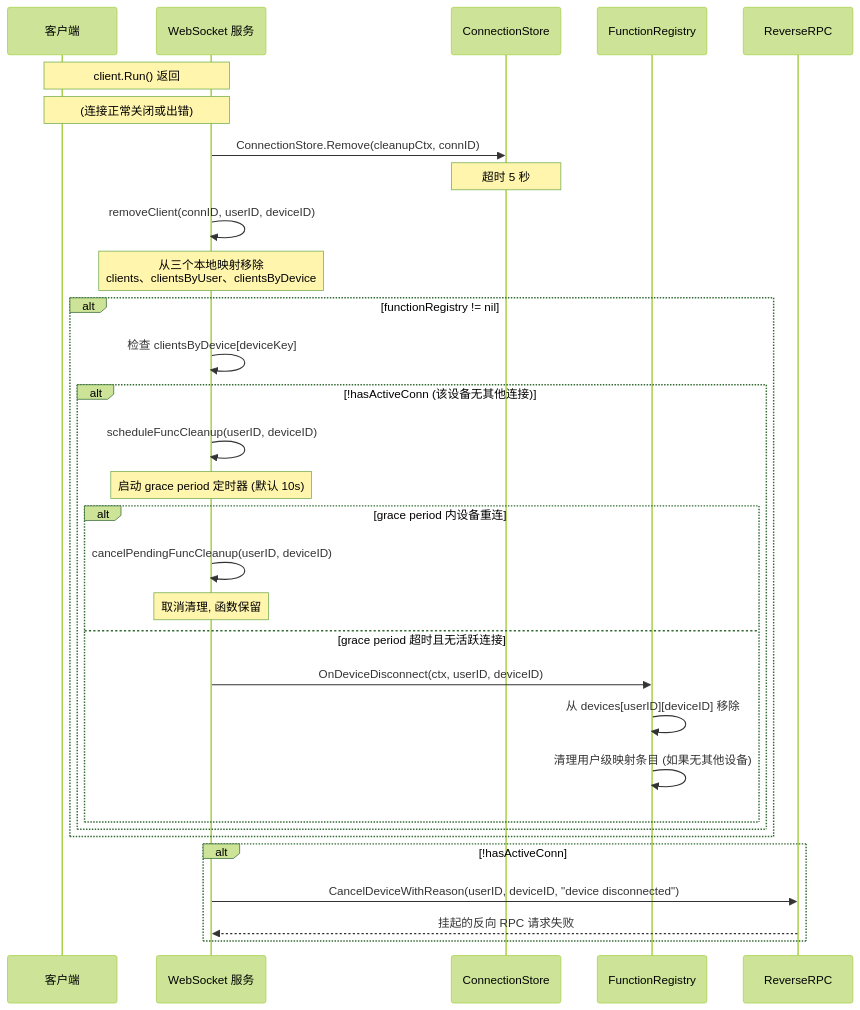
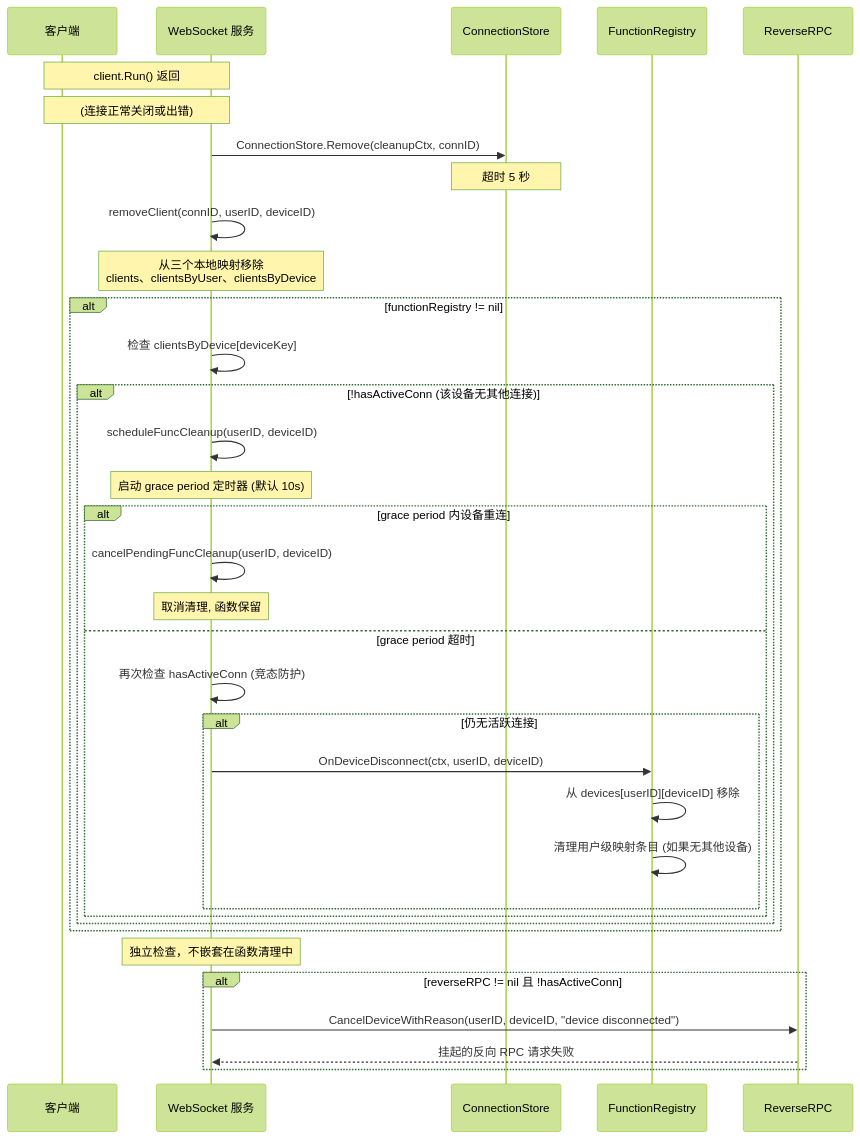
The fourth of 8 diagrams in wiki/flows/client-registration.md (PineappleBond/xyncra-server), drawn with Mermaid (forest theme) before and after one commit. The commit also changed other lines of this file and 21 other files, not shown here.

Commit message:
docs(wiki): add edge cases and fix inaccuracies across all flow documents

````diff
--- a/wiki/flows/client-registration.md
+++ b/wiki/flows/client-registration.md
@@ -274,38 +277,42 @@
 ```mermaid
 sequenceDiagram
     participant C as 客户端
     participant WS as WebSocket 服务
     participant CS as ConnectionStore
     participant FR as FunctionRegistry
     participant RR as ReverseRPC
 
     Note over C,WS: client.Run() 返回
     Note over C,WS: (连接正常关闭或出错)
 
     WS->>CS: ConnectionStore.Remove(cleanupCtx, connID)
     Note over CS: 超时 5 秒
 
     WS->>WS: removeClient(connID, userID, deviceID)
     Note over WS: 从三个本地映射移除<br/>clients、clientsByUser、clientsByDevice
 
     alt functionRegistry != nil
         WS->>WS: 检查 clientsByDevice[deviceKey]
         alt !hasActiveConn (该设备无其他连接)
             WS->>WS: scheduleFuncCleanup(userID, deviceID)
             Note over WS: 启动 grace period 定时器 (默认 10s)
             alt grace period 内设备重连
                 WS->>WS: cancelPendingFuncCleanup(userID, deviceID)
                 Note over WS: 取消清理, 函数保留
-            else grace period 超时且无活跃连接
-                WS->>FR: OnDeviceDisconnect(ctx, userID, deviceID)
-                FR->>FR: 从 devices[userID][deviceID] 移除
-                FR->>FR: 清理用户级映射条目 (如果无其他设备)
+            else grace period 超时
+                WS->>WS: 再次检查 hasActiveConn (竞态防护)
+                alt 仍无活跃连接
+                    WS->>FR: OnDeviceDisconnect(ctx, userID, deviceID)
+                    FR->>FR: 从 devices[userID][deviceID] 移除
+                    FR->>FR: 清理用户级映射条目 (如果无其他设备)
+                end
             end
         end
     end
 
-    alt !hasActiveConn
+    Note over WS: 独立检查，不嵌套在函数清理中
+    alt reverseRPC != nil 且 !hasActiveConn
         WS->>RR: CancelDeviceWithReason(userID, deviceID, "device disconnected")
         RR-->>WS: 挂起的反向 RPC 请求失败
     end
 ```
````
